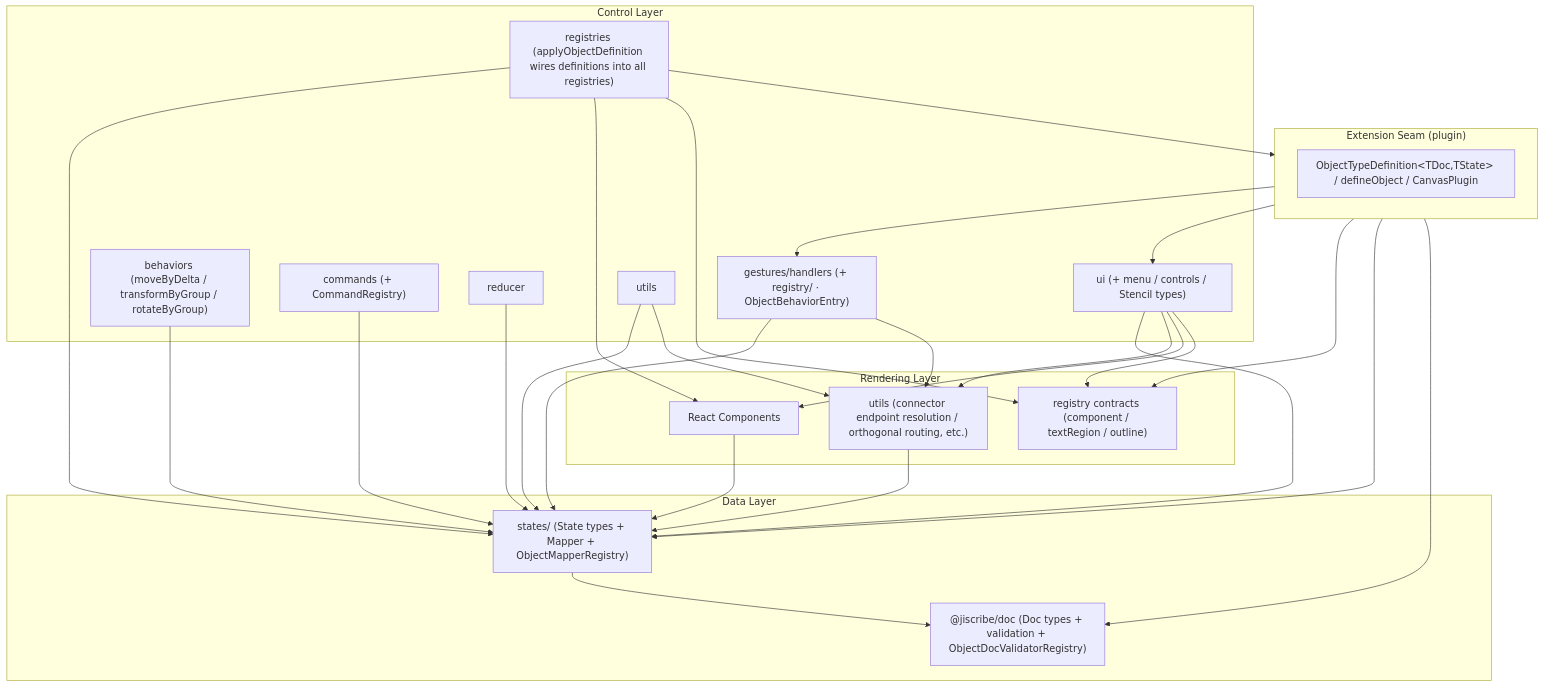
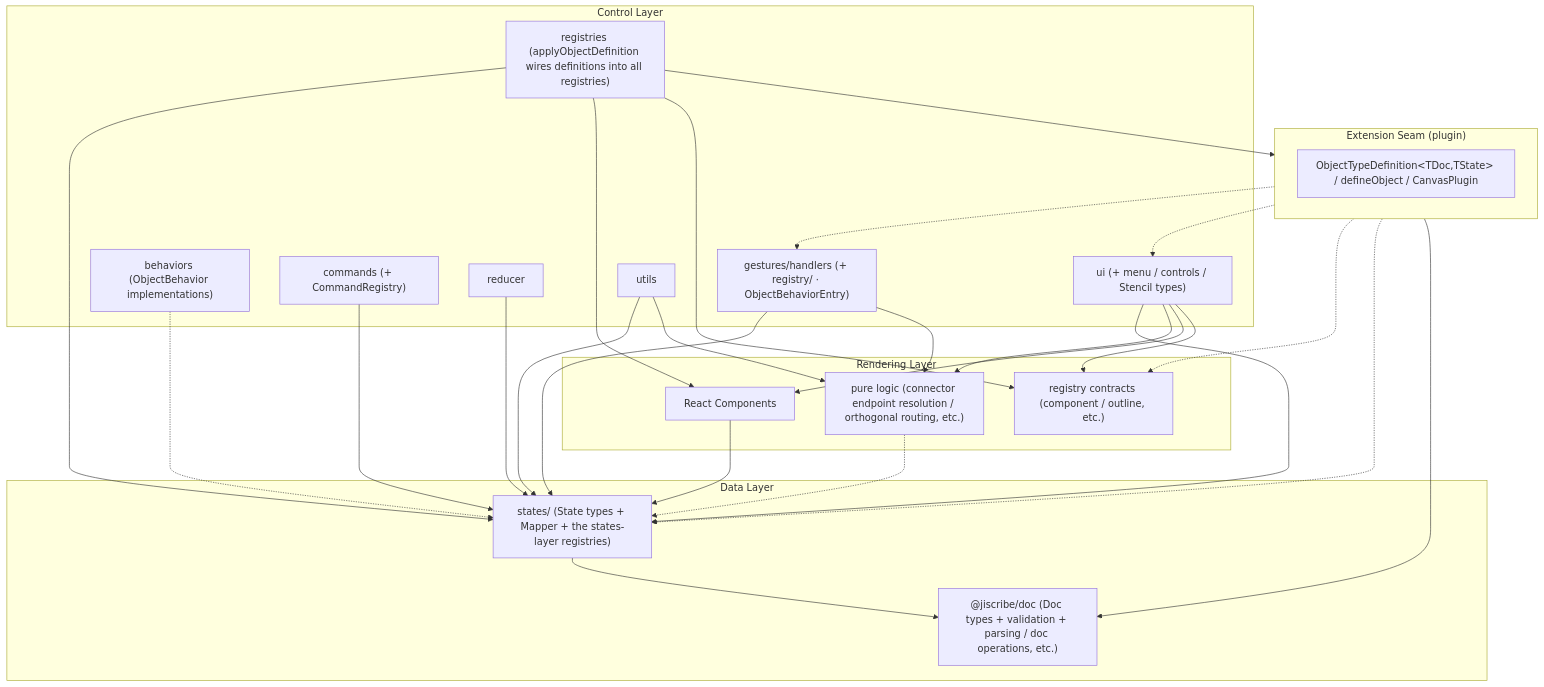
One commit to gznnk/jiscribe changed the diagram in packages/canvas/docs/02-architecture.md. Above: the diagram before and after it, drawn with Mermaid. The commit also changed other lines of this file and 57 other files, not shown here.

````diff
--- a/packages/canvas/docs/02-architecture.md
+++ b/packages/canvas/docs/02-architecture.md
@@ -126,51 +135,51 @@
 ```mermaid
 graph TD
     subgraph Controllers["Control Layer"]
         Gestures["gestures/handlers (+ registry/ · ObjectBehaviorEntry)"]
-        Behaviors["behaviors (moveByDelta / transformByGroup / rotateByGroup)"]
+        Behaviors["behaviors (ObjectBehavior implementations)"]
         Commands["commands (+ CommandRegistry)"]
         Reducer["reducer"]
         UI["ui (+ menu / controls / Stencil types)"]
         CtrlUtils["utils"]
         Registries["registries (applyObjectDefinition wires definitions into all registries)"]
     end
     subgraph Rendering["Rendering Layer"]
         RenderingComponents["React Components"]
-        RenderingUtils["utils (connector endpoint resolution / orthogonal routing, etc.)"]
-        RenderingRegistryTypes["registry contracts (component / textRegion / outline)"]
+        RenderingUtils["pure logic (connector endpoint resolution / orthogonal routing, etc.)"]
+        RenderingRegistryTypes["registry contracts (component / outline, etc.)"]
     end
     subgraph States["Data Layer"]
-        StatesTypes["states/ (State types + Mapper + ObjectMapperRegistry)"]
-        DocPackage["@jiscribe/doc (Doc types + validation + ObjectDocValidatorRegistry)"]
+        StatesTypes["states/ (State types + Mapper + the states-layer registries)"]
+        DocPackage["@jiscribe/doc (Doc types + validation + parsing / doc operations, etc.)"]
     end
     subgraph Plugin["Extension Seam (plugin)"]
         PluginVocab["ObjectTypeDefinition&lt;TDoc,TState&gt; / defineObject / CanvasPlugin"]
     end
 
     RenderingComponents --> StatesTypes
-    RenderingUtils --> StatesTypes
+    RenderingUtils -.-> StatesTypes
     Gestures --> StatesTypes
-    Behaviors --> StatesTypes
+    Behaviors -.-> StatesTypes
     Commands --> StatesTypes
     Reducer --> StatesTypes
     UI --> StatesTypes
     CtrlUtils --> StatesTypes
     Registries --> StatesTypes
     Gestures --> RenderingUtils
     CtrlUtils --> RenderingUtils
     UI --> RenderingUtils
     UI --> RenderingComponents
     UI --> RenderingRegistryTypes
     Registries --> RenderingComponents
     Registries --> RenderingRegistryTypes
     StatesTypes --> DocPackage
 
     %% plugin aggregates the type contract of every layer; registries consumes it.
     %% Registries -> Plugin plus Plugin -> Gestures/UI = controllers <-> plugin.
     Registries --> Plugin
-    Plugin --> Gestures
-    Plugin --> UI
-    Plugin --> RenderingRegistryTypes
-    Plugin --> StatesTypes
+    Plugin -.-> Gestures
+    Plugin -.-> UI
+    Plugin -.-> RenderingRegistryTypes
+    Plugin -.-> StatesTypes
     Plugin --> DocPackage
 ```
````
